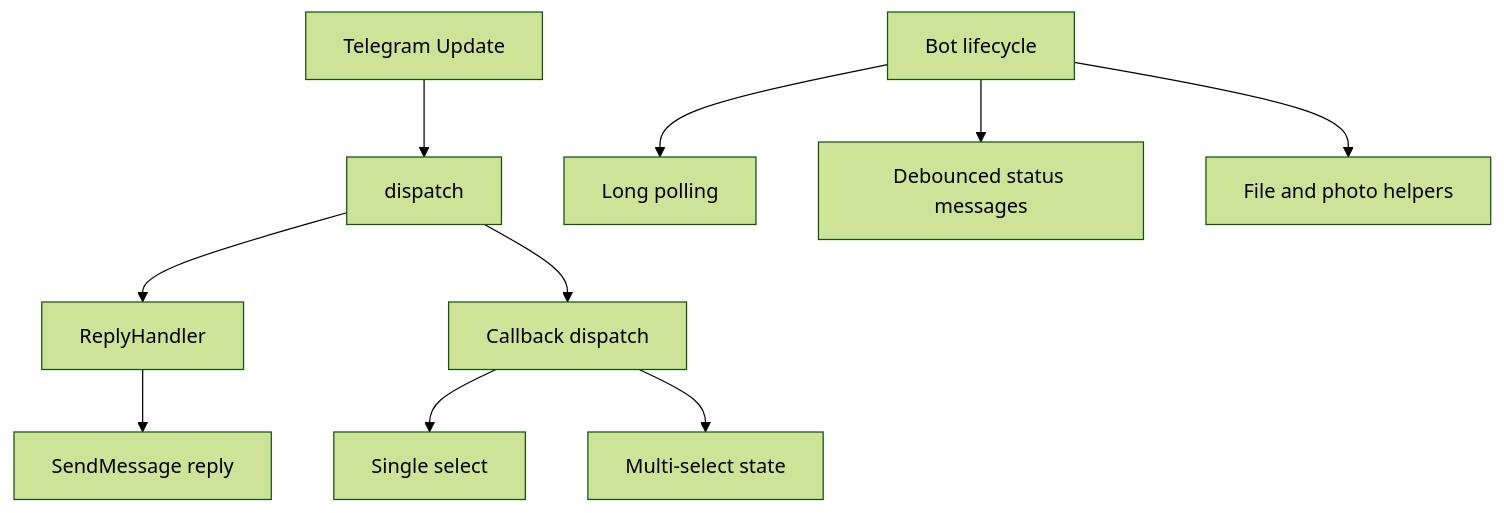
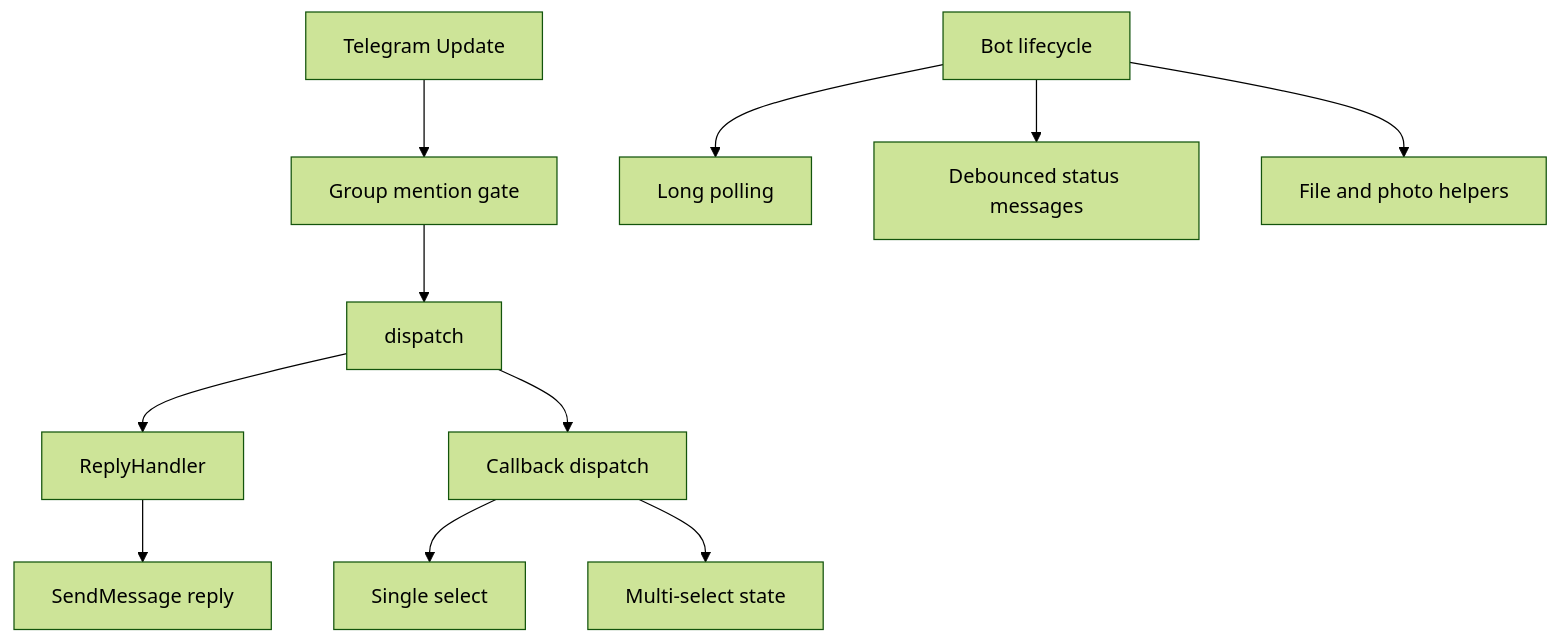
One commit to pardnchiu/go-bot changed the second of 7 diagrams in doc/architecture.md. Above: the diagram before and after it, drawn with Mermaid (forest theme). The commit also changed other lines of this file and 32 other files, not shown here.

````diff
--- a/doc/architecture.md
+++ b/doc/architecture.md
@@ -25,12 +29,13 @@
 ```mermaid
 graph TB
-    Update[Telegram Update] --> Dispatch[dispatch]
+    Update[Telegram Update] --> Gate[Group mention gate]
+    Gate --> Dispatch[dispatch]
     Dispatch --> Handler[ReplyHandler]
     Handler --> Reply[SendMessage reply]
     Dispatch --> Callback[Callback dispatch]
     Callback --> Single[Single select]
     Callback --> Multi[Multi-select state]
     Bot[Bot lifecycle] --> Poll[Long polling]
     Bot --> Status[Debounced status messages]
     Bot --> Media[File and photo helpers]
 ```
````
